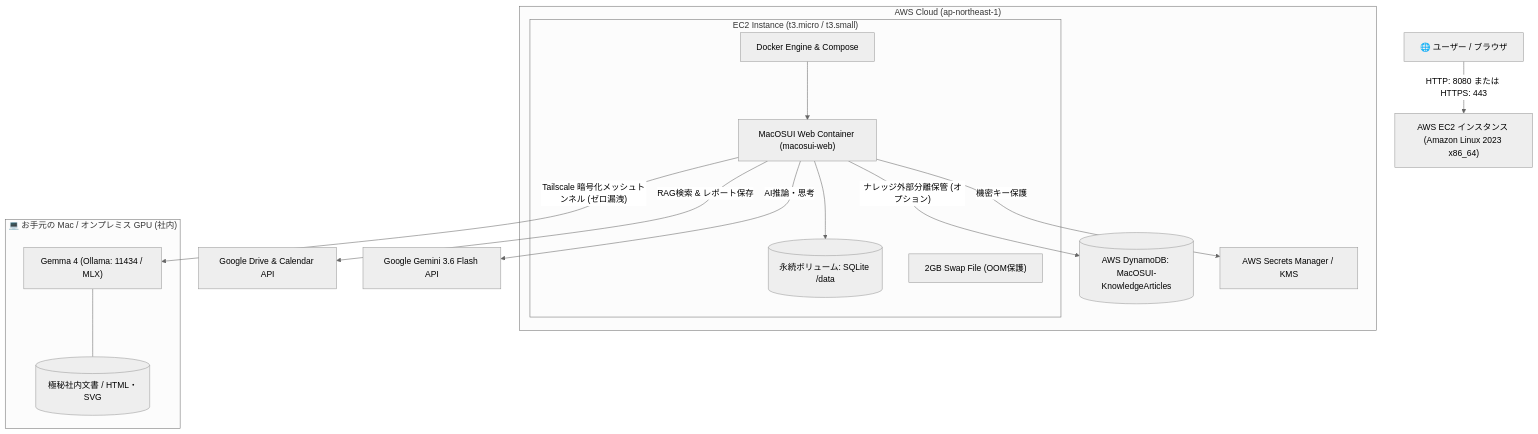
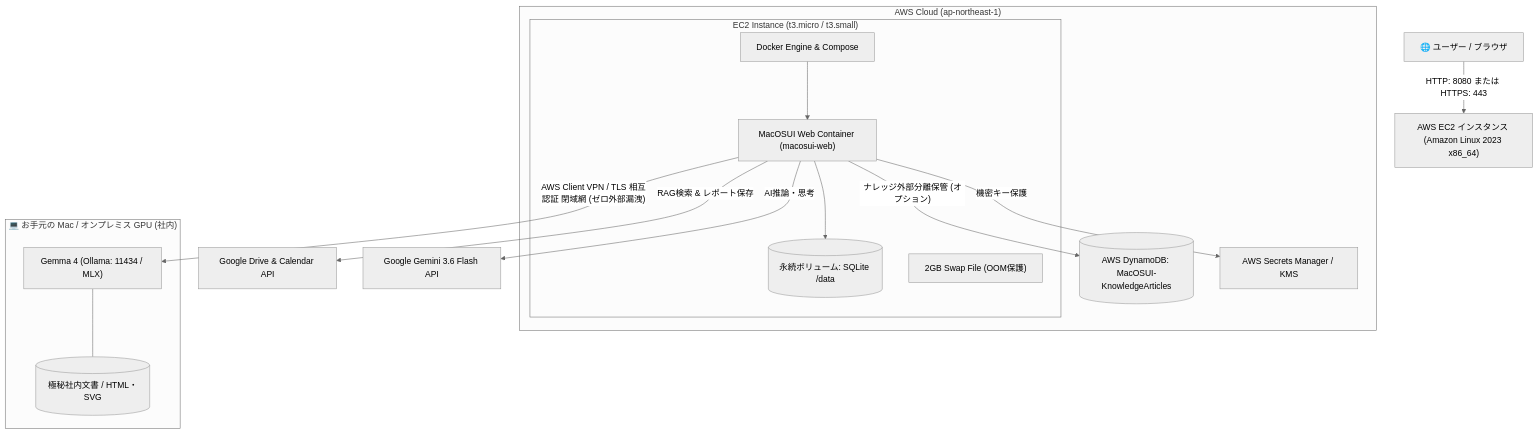
One commit to Techies-T/MacOSUI-Community changed the diagram in README.md. Above: the diagram before and after it, drawn with Mermaid (neutral theme). The commit also changed other lines of this file, not shown here.

Commit message:
docs: add enterprise AWS Client VPN hybrid connection guide to README

````diff
--- a/README.md
+++ b/README.md
@@ -38,26 +38,26 @@
 ```mermaid
 graph TD
     User["🌐 ユーザー / ブラウザ"] -->|"HTTP: 8080 または HTTPS: 443"| EC2["AWS EC2 インスタンス (Amazon Linux 2023 x86_64)"]
     
     subgraph AWS_Cloud["AWS Cloud (ap-northeast-1)"]
         subgraph EC2_Instance["EC2 Instance (t3.micro / t3.small)"]
             DockerDaemon["Docker Engine & Compose"]
             DockerDaemon --> Container["MacOSUI Web Container (macosui-web)"]
             Container --> SQLite[("永続ボリューム: SQLite /data")]
             SwapSpace["2GB Swap File (OOM保護)"]
         end
         
         Container -->|"ナレッジ外部分離保管 (オプション)"| DynamoDB[("AWS DynamoDB: MacOSUI-KnowledgeArticles")]
         Container -->|"機密キー保護"| SecretsManager["AWS Secrets Manager / KMS"]
     end
     
     subgraph Local_Infrastructure["💻 お手元の Mac / オンプレミス GPU (社内)"]
         OllamaLocal["Gemma 4 (Ollama: 11434 / MLX)"]
         LocalKnowledge[("極秘社内文書 / HTML・SVG")]
         OllamaLocal --- LocalKnowledge
     end
     
-    Container -->|"Tailscale 暗号化メッシュトンネル (ゼロ漏洩)"| OllamaLocal
+    Container -->|"AWS Client VPN / TLS 相互認証 閉域網 (ゼロ外部漏洩)"| OllamaLocal
     Container -->|"RAG検索 & レポート保存"| GoogleDrive["Google Drive & Calendar API"]
     Container -->|"AI推論・思考"| GeminiAPI["Google Gemini 3.6 Flash API"]
 ```
````
